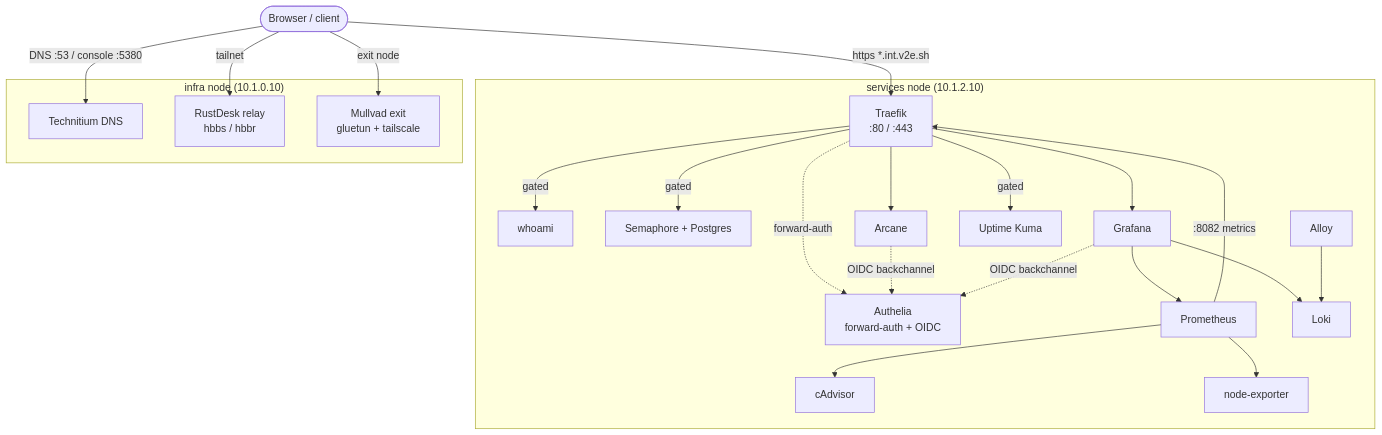
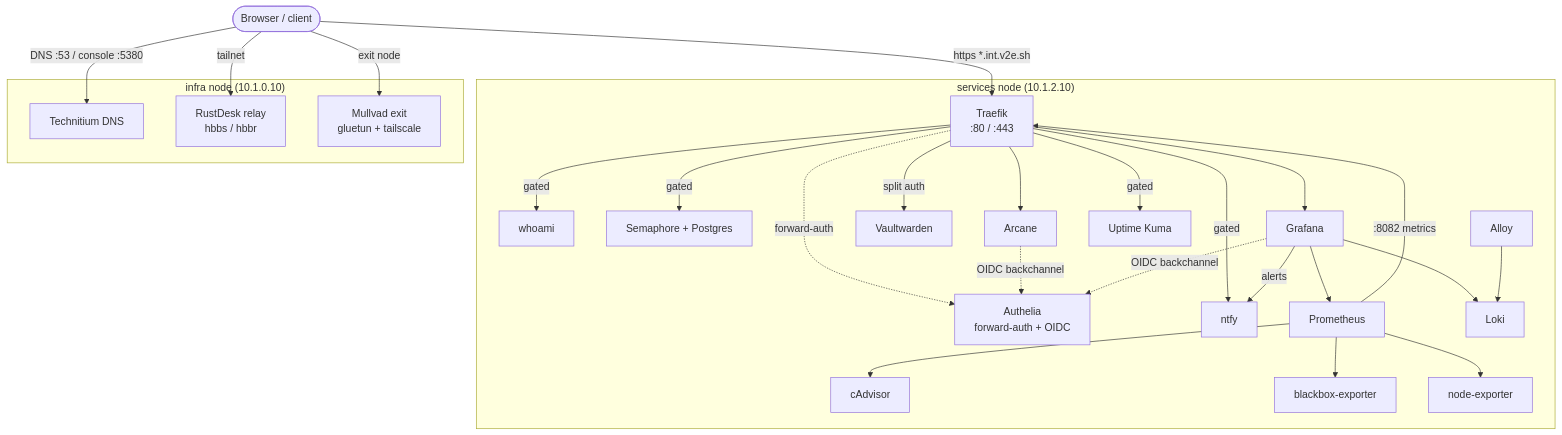
One commit to v2e-sh/v2e-docs changed the first of 2 diagrams in docs/system/applications.md. Above: the diagram before and after it, drawn with Mermaid. The commit also changed other lines of this file and 7 other files, not shown here.

Commit message:
docs: reconcile with current code (ntfy, vaultwarden, dashboard, config drift) (#25)

````diff
--- a/docs/system/applications.md
+++ b/docs/system/applications.md
@@ -54,46 +60,53 @@
 ```mermaid
 flowchart TD
     user([Browser / client])
 
     subgraph services["services node (10.1.2.10)"]
         traefik["Traefik<br/>:80 / :443"]
         authelia["Authelia<br/>forward-auth + OIDC"]
         whoami["whoami"]
         semaphore["Semaphore + Postgres"]
         arcane["Arcane"]
+        vault["Vaultwarden"]
         grafana["Grafana"]
         uptime["Uptime Kuma"]
+        ntfy["ntfy"]
         prom["Prometheus"]
         loki["Loki"]
         alloy["Alloy"]
         cadvisor["cAdvisor"]
+        blackbox["blackbox-exporter"]
         nodeexp["node-exporter"]
     end
 
     subgraph infra["infra node (10.1.0.10)"]
         technitium["Technitium DNS"]
         rustdesk["RustDesk relay<br/>hbbs / hbbr"]
         mullvad["Mullvad exit<br/>gluetun + tailscale"]
     end
 
     user -->|https *.int.v2e.sh| traefik
     traefik -.->|forward-auth| authelia
     traefik -->|gated| whoami
     traefik -->|gated| semaphore
     traefik --> arcane
+    traefik -->|split auth| vault
     traefik --> grafana
     traefik -->|gated| uptime
+    traefik -->|gated| ntfy
     arcane -.->|OIDC backchannel| authelia
     grafana -.->|OIDC backchannel| authelia
 
     grafana --> prom
     grafana --> loki
+    grafana -->|alerts| ntfy
     prom --> cadvisor
     prom --> nodeexp
+    prom --> blackbox
     prom -->|:8082 metrics| traefik
     alloy --> loki
 
     user -->|DNS :53 / console :5380| technitium
     user -->|tailnet| rustdesk
     user -->|exit node| mullvad
 ```
````
